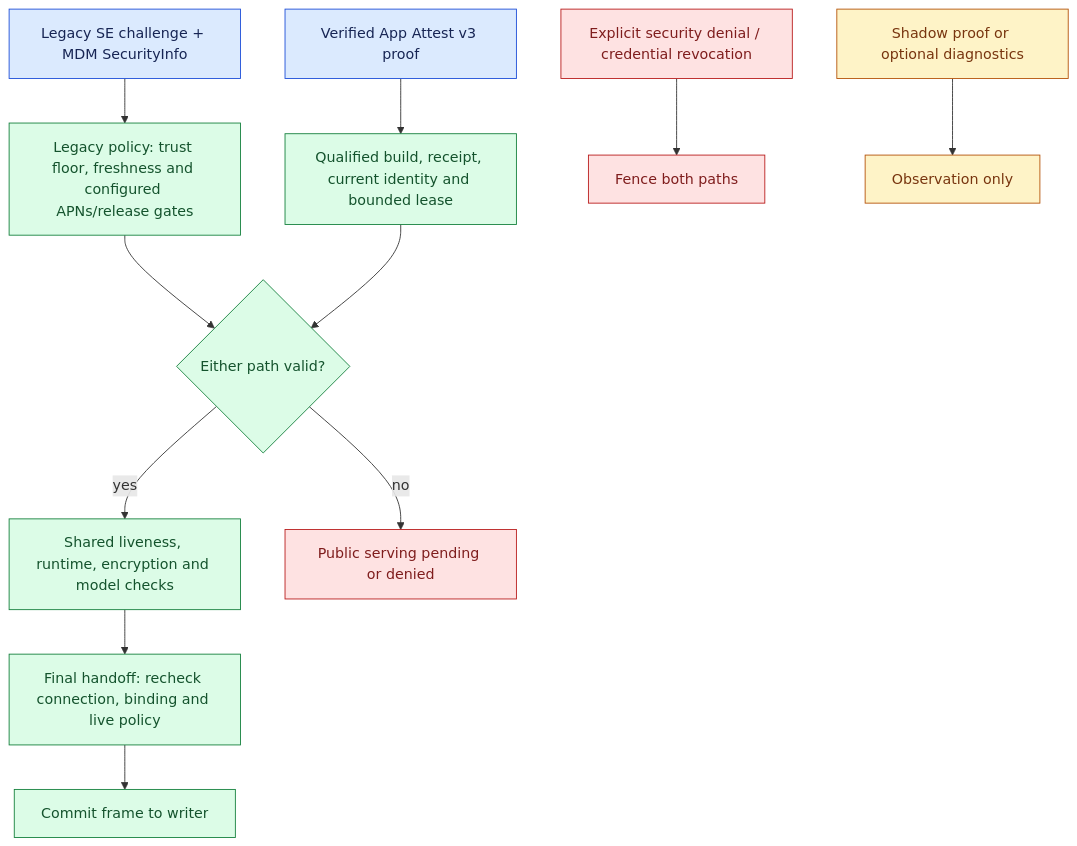
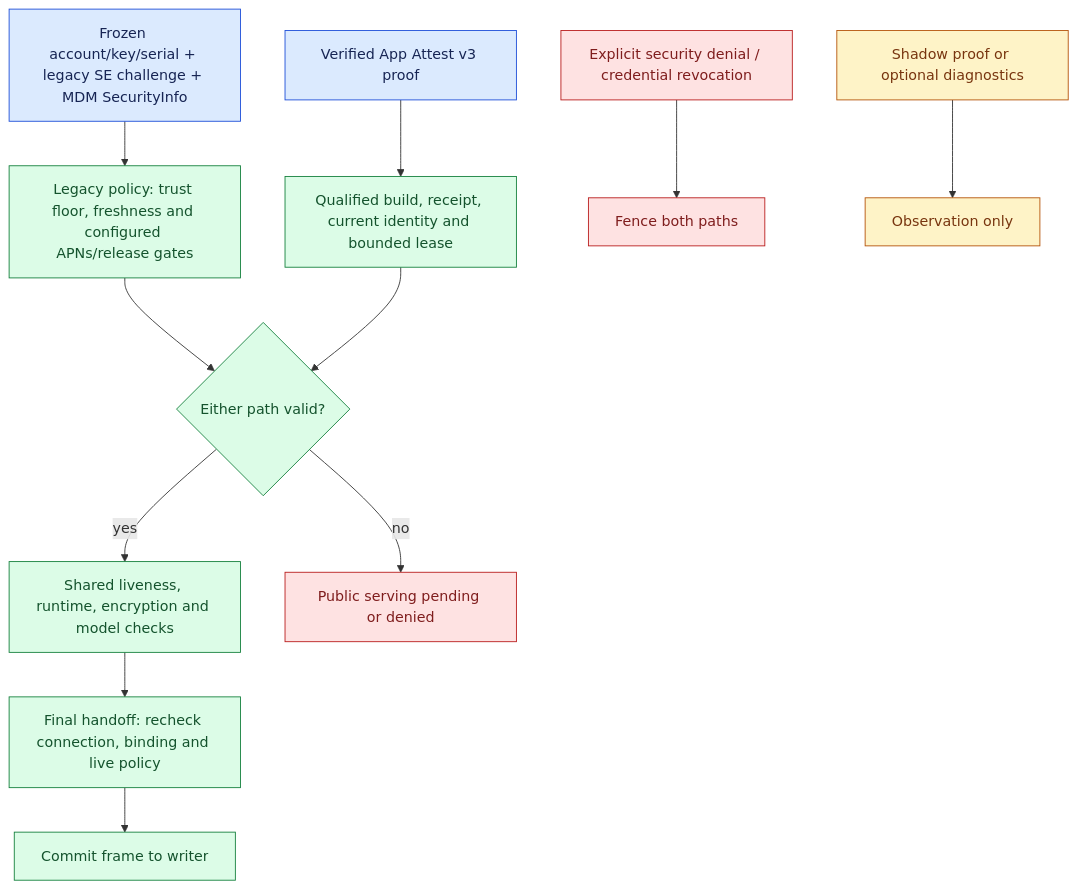
One commit to Layr-Labs/d-inference changed the diagram in docs/architecture/security/provider-trust.md. Above: the diagram before and after it, drawn with Mermaid. The commit also changed other lines of this file and 58 other files, not shown here.

Commit message:
feat(attestation): freeze legacy MDM eligibility at upgrade

````diff
--- a/docs/architecture/security/provider-trust.md
+++ b/docs/architecture/security/provider-trust.md
@@ -17,21 +40,21 @@
 ```mermaid
 flowchart TD
-  L["Legacy SE challenge + MDM SecurityInfo"] --> LP["Legacy policy: trust floor, freshness and configured APNs/release gates"]
+  L["Frozen account/key/serial + legacy SE challenge + MDM SecurityInfo"] --> LP["Legacy policy: trust floor, freshness and configured APNs/release gates"]
   A["Verified App Attest v3 proof"] --> AP["Qualified build, receipt, current identity and bounded lease"]
   LP --> E{"Either path valid?"}
   AP --> E
   E -->|yes| C["Shared liveness, runtime, encryption and model checks"]
   C --> H["Final handoff: recheck connection, binding and live policy"]
   H --> I["Commit frame to writer"]
   E -->|no| P["Public serving pending or denied"]
   D["Explicit security denial / credential revocation"] --> X["Fence both paths"]
   S["Shadow proof or optional diagnostics"] --> O["Observation only"]
   classDef evidence fill:#dbeafe,stroke:#1d4ed8,color:#172554
   classDef gate fill:#dcfce7,stroke:#15803d,color:#14532d
   classDef denied fill:#fee2e2,stroke:#b91c1c,color:#7f1d1d
   classDef observation fill:#fef3c7,stroke:#b45309,color:#78350f
   class L,A evidence
   class LP,AP,E,C,H,I gate
   class D,X,P denied
   class S,O observation
 ```
````
